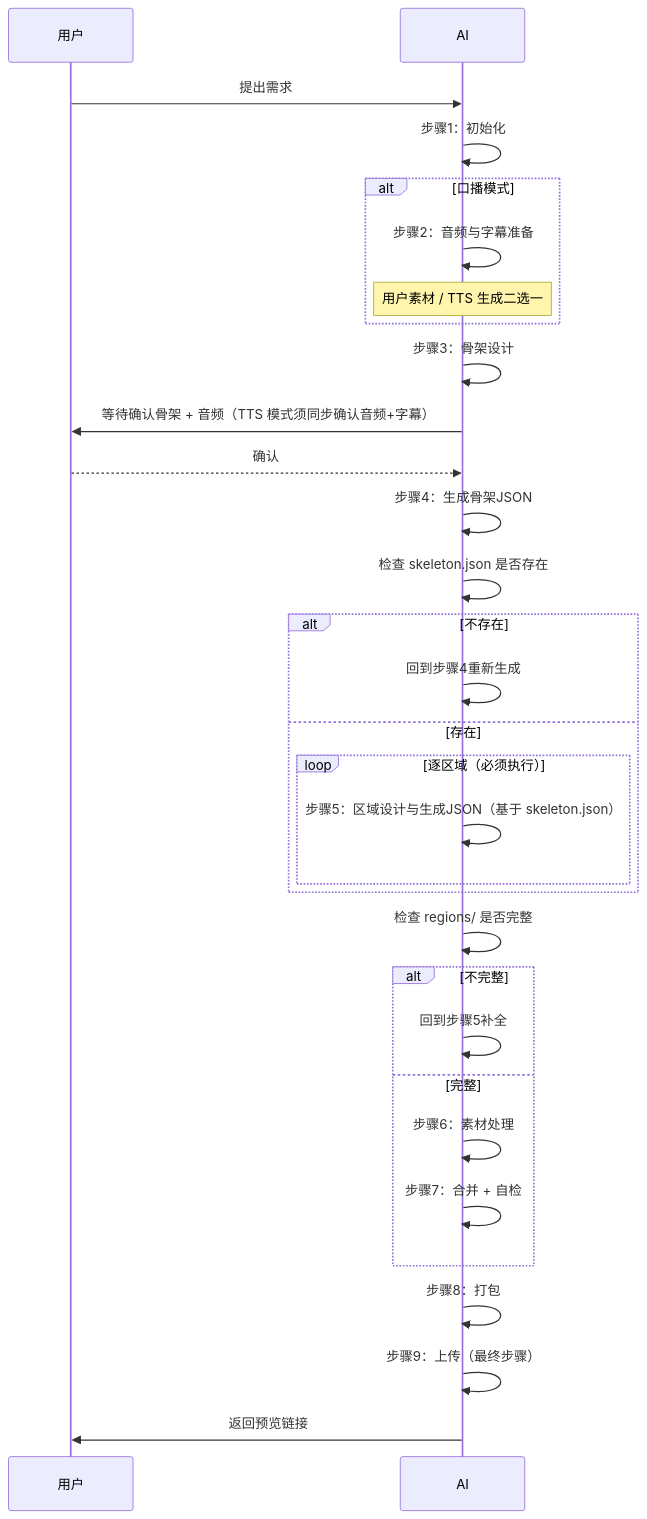
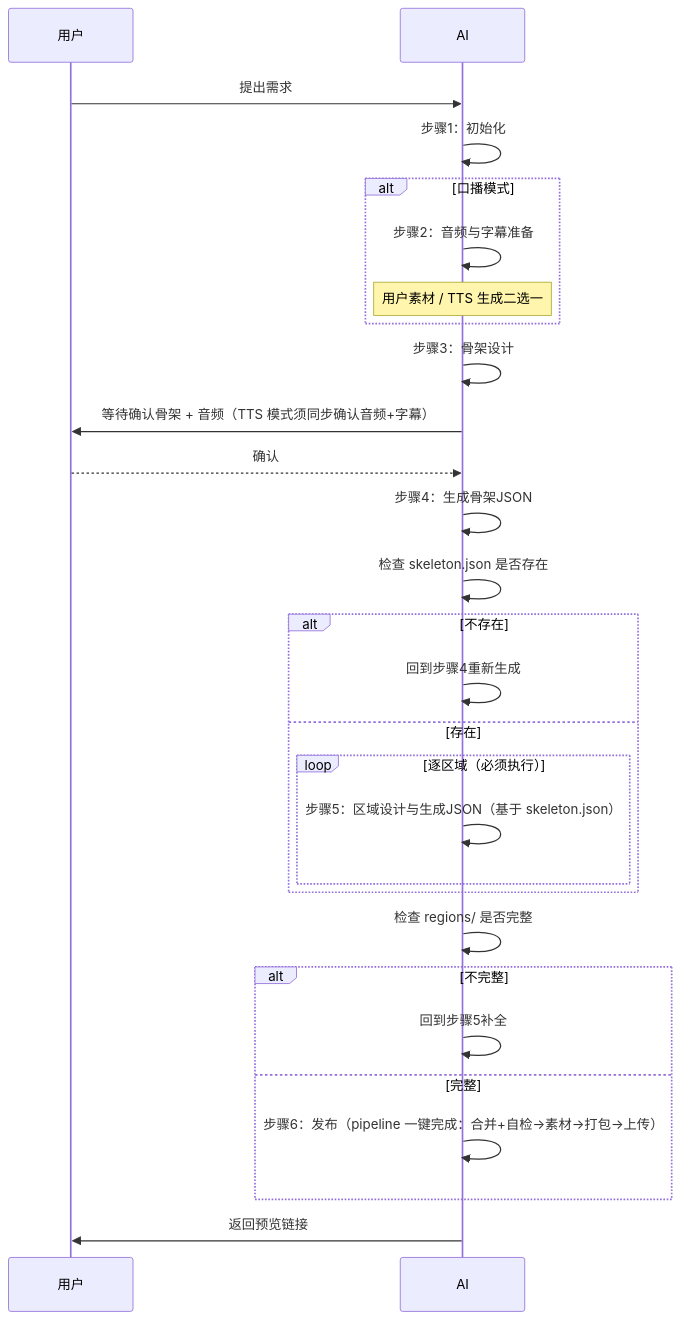
One commit to junyuaini/canvasvideo-skill changed the diagram in SKILL.md. Above: the diagram before and after it, drawn with Mermaid. The commit also changed other lines of this file and 6 other files, not shown here.

````diff
--- a/SKILL.md
+++ b/SKILL.md
@@ -34,34 +38,31 @@
 ```mermaid
 sequenceDiagram
     participant 用户
     participant AI
 
     用户->>AI: 提出需求
     AI->>AI: 步骤1：初始化
     alt 口播模式
         AI->>AI: 步骤2：音频与字幕准备
         Note over AI: 用户素材 / TTS 生成二选一
     end
     AI->>AI: 步骤3：骨架设计
     AI->>用户: 等待确认骨架 + 音频（TTS 模式须同步确认音频+字幕）
     用户-->>AI: 确认
     AI->>AI: 步骤4：生成骨架JSON
     AI->>AI: 检查 skeleton.json 是否存在
     alt 不存在
         AI->>AI: 回到步骤4重新生成
     else 存在
         loop 逐区域（必须执行）
             AI->>AI: 步骤5：区域设计与生成JSON（基于 skeleton.json）
         end
     end
     AI->>AI: 检查 regions/ 是否完整
     alt 不完整
         AI->>AI: 回到步骤5补全
     else 完整
-        AI->>AI: 步骤6：素材处理
-        AI->>AI: 步骤7：合并 + 自检
+        AI->>AI: 步骤6：发布（pipeline 一键完成：合并+自检→素材→打包→上传）
     end
-    AI->>AI: 步骤8：打包
-    AI->>AI: 步骤9：上传（最终步骤）
     AI->>用户: 返回预览链接
 ```
````
